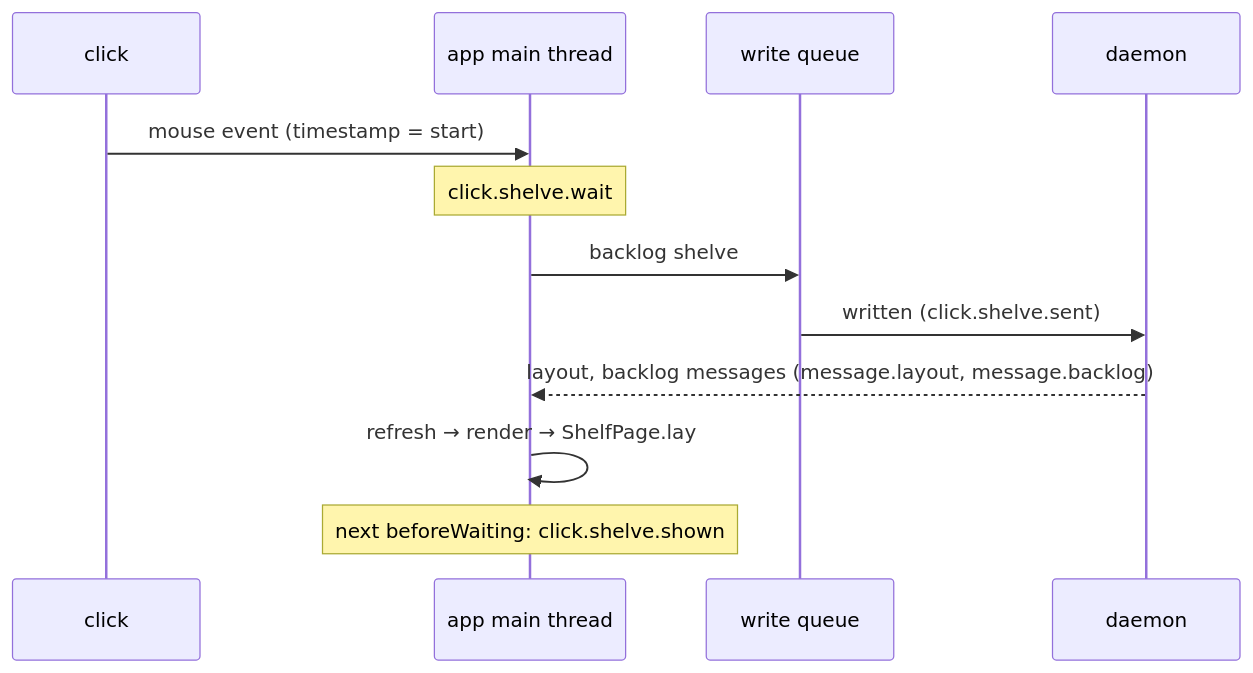
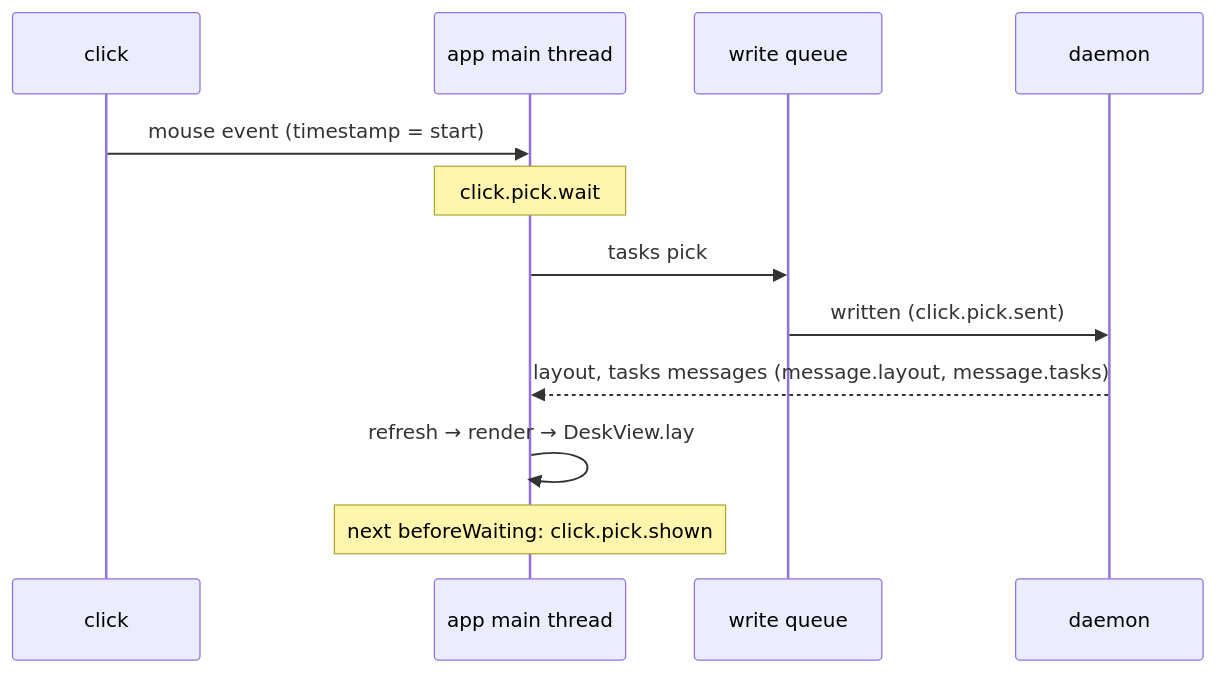
Before and after one commit to tampopogk/kanna: the diagram in docs/specs/performance-monitoring.md, drawn with Mermaid. The commit also changed other lines of this file and 28 other files, not shown here.

````diff
--- a/docs/specs/performance-monitoring.md
+++ b/docs/specs/performance-monitoring.md
@@ -39,14 +39,14 @@
 ```mermaid
 sequenceDiagram
     participant U as click
     participant M as app main thread
     participant W as write queue
     participant D as daemon
     U->>M: mouse event (timestamp = start)
-    Note over M: click.shelve.wait
-    M->>W: backlog shelve
-    W->>D: written (click.shelve.sent)
-    D-->>M: layout, backlog messages (message.layout, message.backlog)
-    M->>M: refresh → render → ShelfPage.lay
-    Note over M: next beforeWaiting: click.shelve.shown
+    Note over M: click.pick.wait
+    M->>W: tasks pick
+    W->>D: written (click.pick.sent)
+    D-->>M: layout, tasks messages (message.layout, message.tasks)
+    M->>M: refresh → render → DeskView.lay
+    Note over M: next beforeWaiting: click.pick.shown
 ```
````
